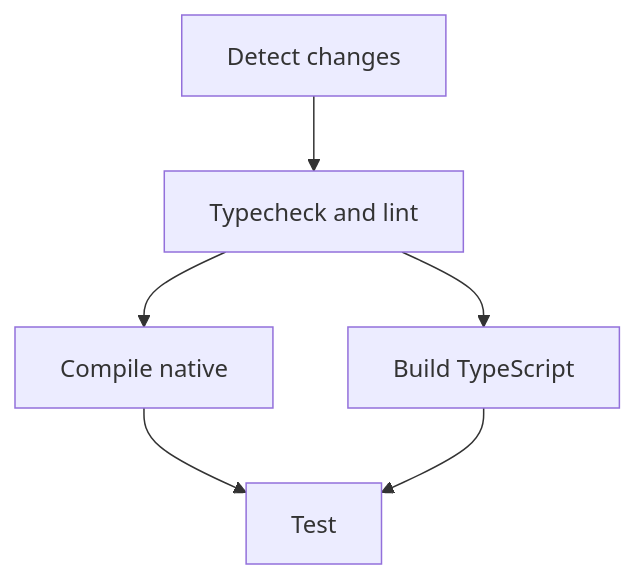
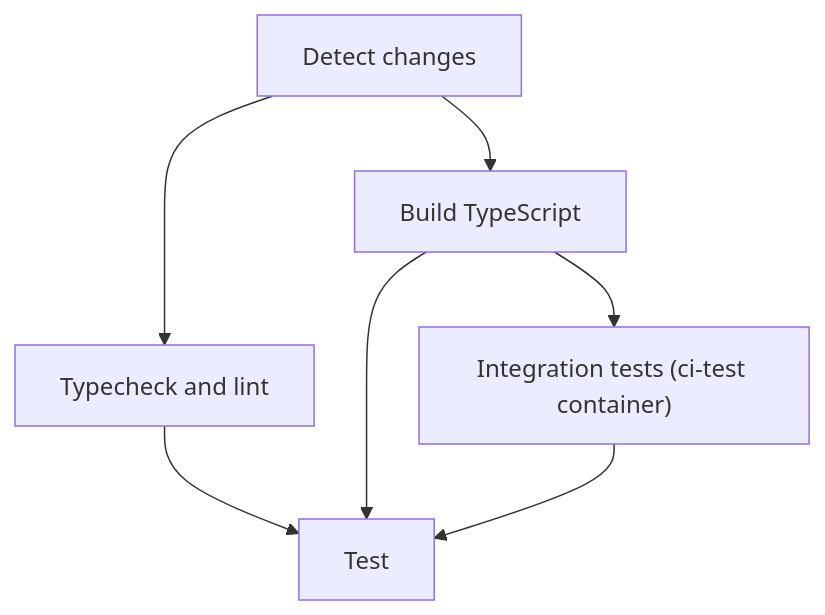
The first of 3 diagrams in scripts/ci/README.md (akirilyuk/node-webrtc-rust), drawn with Mermaid before and after one commit. The commit also changed other lines of this file and 17 other files, not shown here.

First line of the commit message:
ci(pr): integration tests in ci-build:test with in-process coturn; drop Compile native on PRs (#458)

````diff
--- a/scripts/ci/README.md
+++ b/scripts/ci/README.md
@@ -61,14 +61,15 @@
 ```mermaid
 flowchart TD
   changes[Detect changes]
   quality[Typecheck and lint]
-  compile[Compile native]
   ts[Build TypeScript]
+  integ["Integration tests (ci-test container)"]
   test[Test]
 
   changes --> quality
-  quality --> compile
-  quality --> ts
-  compile --> test
+  changes --> ts
+  ts --> integ
+  quality --> test
   ts --> test
+  integ --> test
 ```
````
